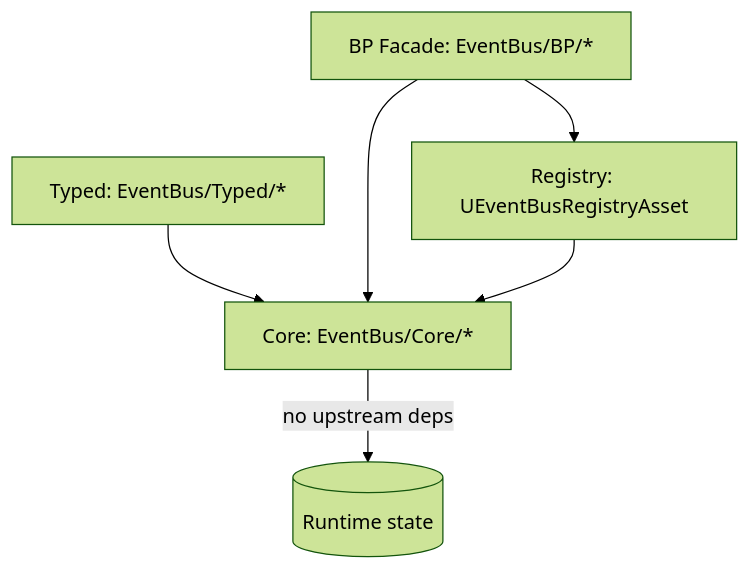
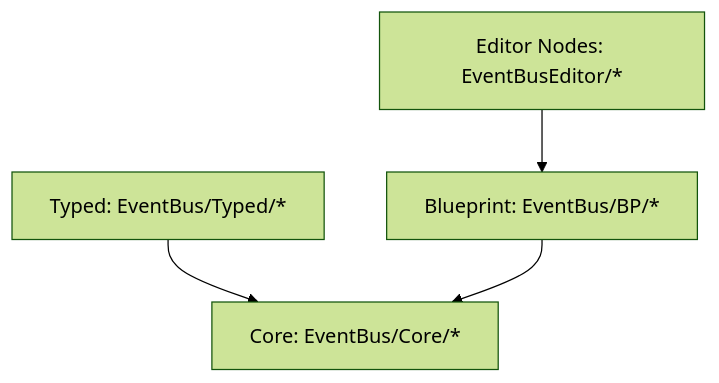
Before and after one commit to NickF93/UEEventBus: the second of 2 diagrams in Plugins/EventBus/README.md, drawn with Mermaid (forest theme). The commit also changed other lines of this file and 33 other files, not shown here.

Commit message:
Added custom node and removed the registry: it was too pedantic to add a single event channell...

````diff
--- a/Plugins/EventBus/README.md
+++ b/Plugins/EventBus/README.md
@@ -113,8 +74,11 @@
 ```mermaid
 flowchart TD
-    A[Core: EventBus/Core/*] -->|no upstream deps| B[(Runtime state)]
-    C[Typed: EventBus/Typed/*] --> A
-    D[BP Facade: EventBus/BP/*] --> A
-    E[Registry: UEventBusRegistryAsset] --> A
-    D --> E
+    Core[Core: EventBus/Core/*]
+    Typed[Typed: EventBus/Typed/*]
+    BP[Blueprint: EventBus/BP/*]
+    Editor[Editor Nodes: EventBusEditor/*]
+
+    Typed --> Core
+    BP --> Core
+    Editor --> BP
 ```
````
